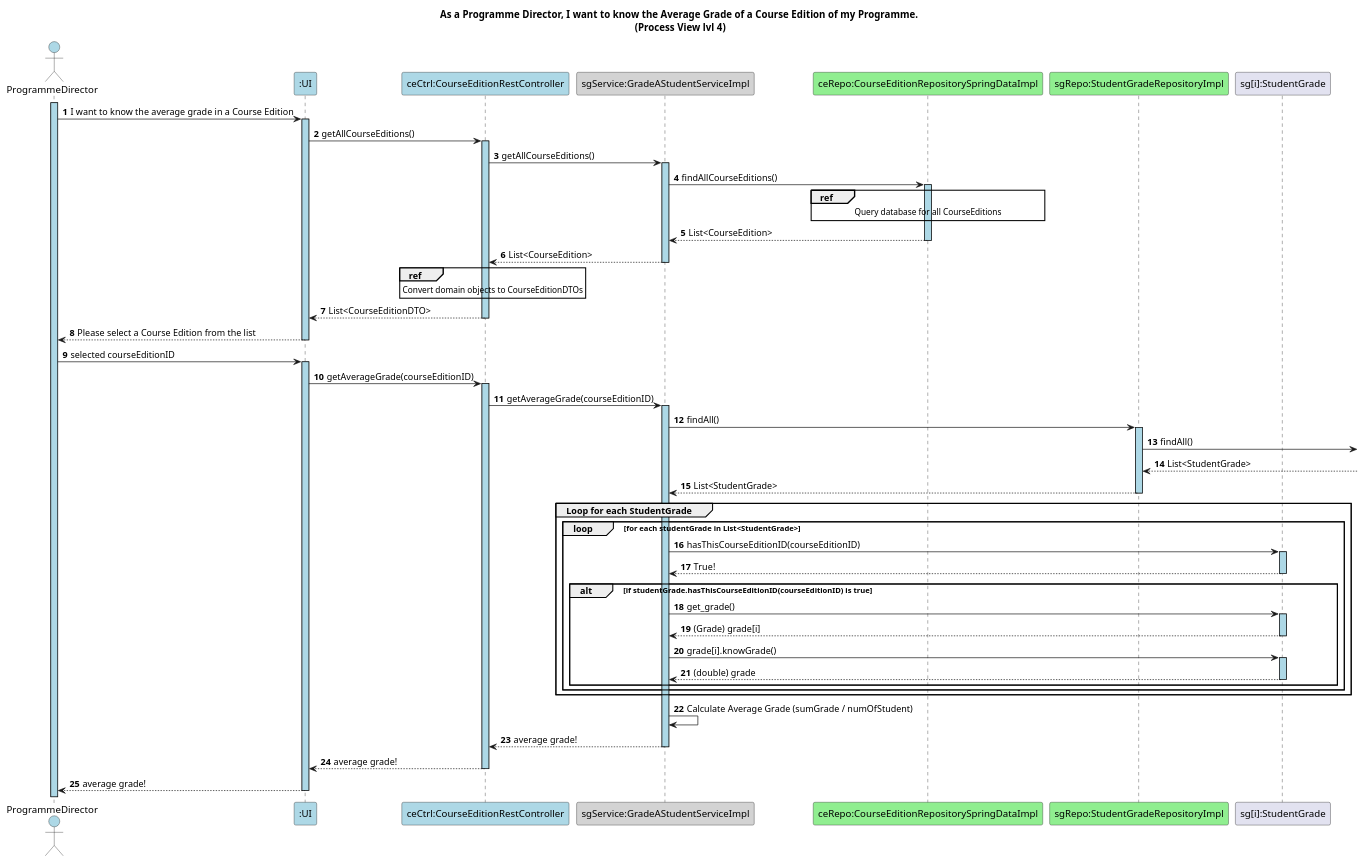
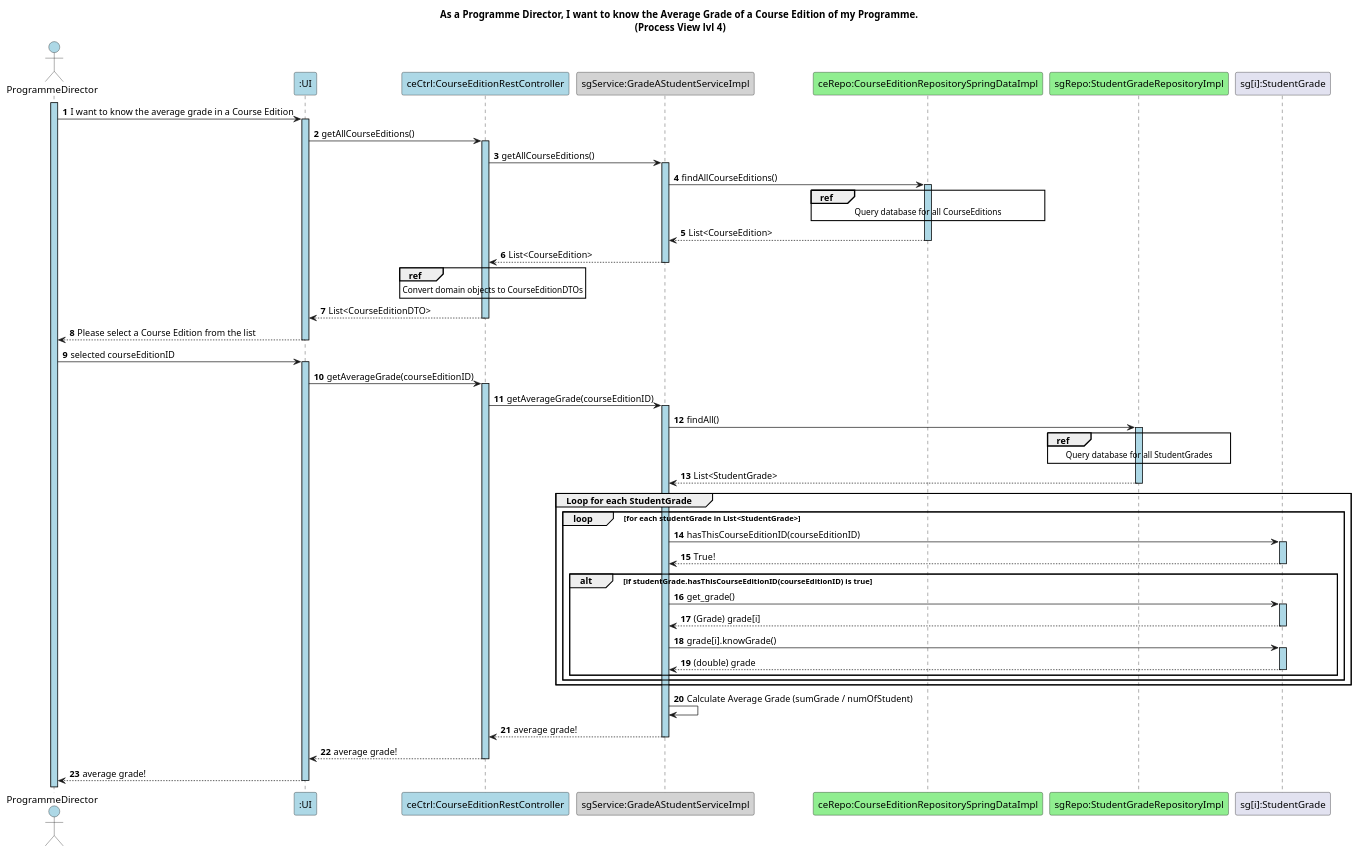
One commit to GasparISEP/DevOps-PAI changed the diagram in docs/US25/REST_API/ScenarioView/Level4/Level4.puml. Above: the diagram before and after it, drawn with PlantUML. The commit also changed 4 other files, not shown here.

```diff
--- a/docs/US25/REST_API/ScenarioView/Level4/Level4.puml
+++ b/docs/US25/REST_API/ScenarioView/Level4/Level4.puml
@@ -1,65 +1,67 @@
 @startuml
 
 autonumber
 
 title As a Programme Director, I want to know the Average Grade of a Course Edition of my Programme. \n(Process View lvl 4)
 
 actor ProgrammeDirector as Admin #lightblue
 
 participant ":UI" as UI #lightblue
 participant "ceCtrl:CourseEditionRestController" as C #lightblue
 participant "sgService:GradeAStudentServiceImpl" as S #lightgrey
 participant "ceRepo:CourseEditionRepositorySpringDataImpl" as RCE #lightgreen
 participant "sgRepo:StudentGradeRepositoryImpl" as SGR #lightgreen
 participant "sg[i]:StudentGrade" as SG
 
 activate Admin #lightblue
 Admin -> UI ++ #lightblue: I want to know the average grade in a Course Edition
 
 UI -> C ++ #lightblue: getAllCourseEditions()
 C -> S ++ #lightblue: getAllCourseEditions()
 S -> RCE ++ #lightblue: findAllCourseEditions()
 
 ref over RCE
     Query database for all CourseEditions
 end ref
 
 RCE --> S --: List<CourseEdition>
 S --> C --: List<CourseEdition>
 
 ref over C
     Convert domain objects to CourseEditionDTOs
 end ref
 
 C --> UI --: List<CourseEditionDTO>
 UI --> Admin --: Please select a Course Edition from the list
 
 Admin -> UI ++ #lightblue: selected courseEditionID
 
 UI -> C ++ #lightblue: getAverageGrade(courseEditionID)
 C -> S ++ #lightblue: getAverageGrade(courseEditionID)
 
 S -> SGR ++ #lightblue: findAll()
-SGR -> : findAll()
-SGR <--  : List<StudentGrade>
+ref over SGR
+    Query database for all StudentGrades
+end ref
+
 SGR --> S --: List<StudentGrade>
 
 group Loop for each StudentGrade
     loop for each studentGrade in List<StudentGrade>
         S -> SG ++ #lightblue: hasThisCourseEditionID(courseEditionID)
         SG --> S --: True!
         alt if studentGrade.hasThisCourseEditionID(courseEditionID) is true
             S -> SG ++ #lightblue: get_grade()
             SG --> S --: (Grade) grade[i]
             S -> SG ++ #lightblue: grade[i].knowGrade()
             SG --> S --: (double) grade
         end
     end
 end
 
 S -> S : Calculate Average Grade (sumGrade / numOfStudent)
 S --> C --: average grade!
 C --> UI --: average grade!
 UI --> Admin --: average grade!
 
 @enduml
```
